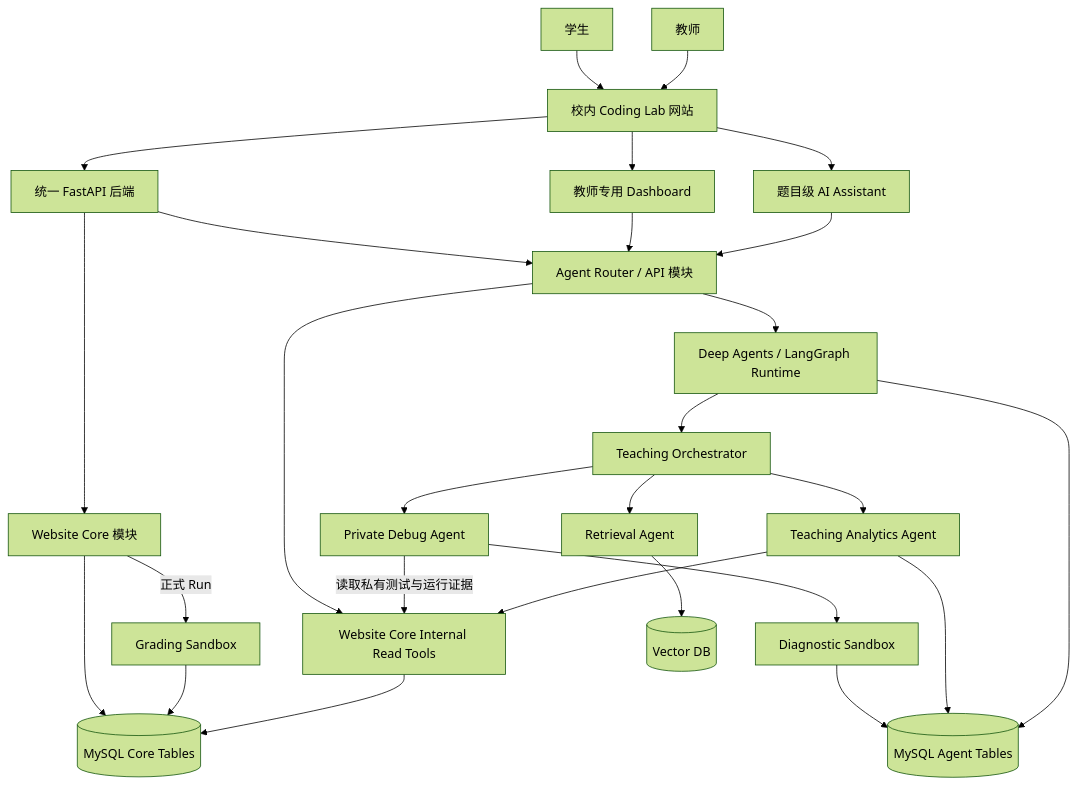
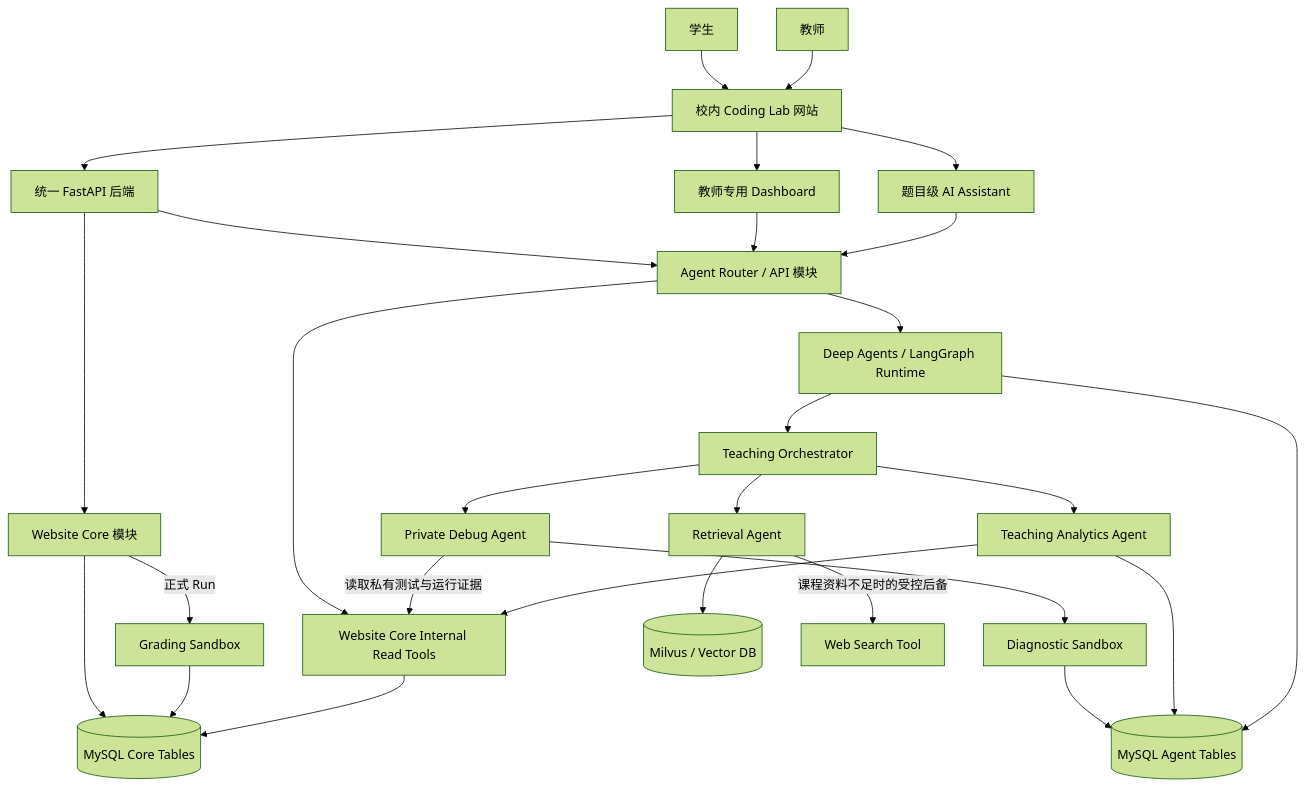
The first of 9 diagrams in docs/superpowers/specs/2026-09-13-ai-coding-assistant-architecture-design-zh.md (roey-cheng/AI-teaching-agent), drawn with Mermaid (forest theme) before and after one commit. The commit also changed other lines of this file, not shown here.

Commit message:
docs: refine architecture and database design

````diff
--- a/docs/superpowers/specs/2026-09-13-ai-coding-assistant-architecture-design-zh.md
+++ b/docs/superpowers/specs/2026-09-13-ai-coding-assistant-architecture-design-zh.md
@@ -42,39 +42,40 @@
 ```mermaid
 flowchart TD
     Student[学生]
     Teacher[教师]
 
     Student --> Website[校内 Coding Lab 网站]
     Teacher --> Website
 
     Website --> Backend[统一 FastAPI 后端]
     Website --> Assistant[题目级 AI Assistant]
     Website --> Dashboard[教师专用 Dashboard]
 
     Backend --> Core[Website Core 模块]
     Backend --> AgentRouter[Agent Router / API 模块]
     Dashboard --> AgentRouter
     Assistant --> AgentRouter
 
     Core -->|正式 Run| GradingSandbox[Grading Sandbox]
     Core --> CoreTables[(MySQL Core Tables)]
     GradingSandbox --> CoreTables
 
     AgentRouter --> Runtime[Deep Agents / LangGraph Runtime]
     AgentRouter --> ReadTools[Website Core Internal Read Tools]
     ReadTools --> CoreTables
 
     Runtime --> Orchestrator[Teaching Orchestrator]
     Orchestrator --> Debug[Private Debug Agent]
     Orchestrator --> Retrieval[Retrieval Agent]
     Orchestrator --> Analytics[Teaching Analytics Agent]
 
     Debug -->|读取私有测试与运行证据| ReadTools
     Debug --> DiagnosticSandbox[Diagnostic Sandbox]
     DiagnosticSandbox --> AgentTables[(MySQL Agent Tables)]
 
-    Retrieval --> VectorDB[(Vector DB)]
+    Retrieval --> Milvus[(Milvus / Vector DB)]
+    Retrieval -->|课程资料不足时的受控后备| WebSearch[Web Search Tool]
     Analytics --> ReadTools
     Analytics --> AgentTables
     Runtime --> AgentTables
 ```
````
